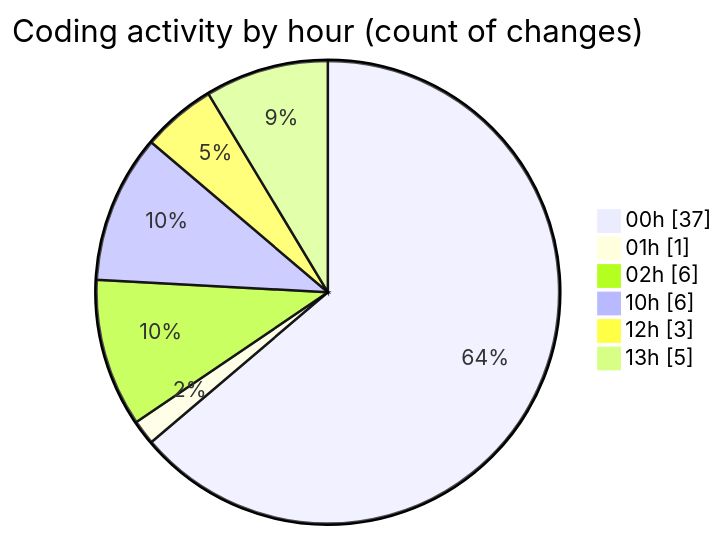
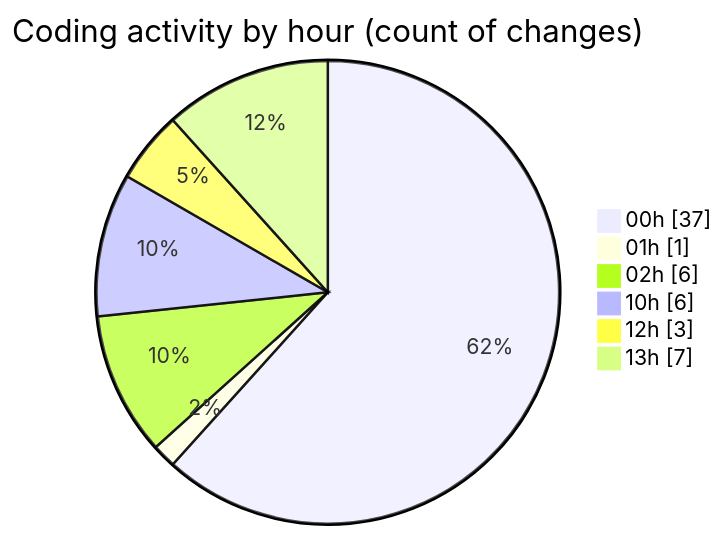
Before and after one commit to julien-gomy/code-tracking: the second of 2 diagrams in 2025-11-20/eventscop-frontend-guide__workspace_/README.md, drawn with Mermaid. The commit also changed other lines of this file and 1 other file, not shown here.

````diff
--- a/2025-11-20/eventscop-frontend-guide__workspace_/README.md
+++ b/2025-11-20/eventscop-frontend-guide__workspace_/README.md
@@ -47,10 +47,10 @@
 ```mermaid
 pie showData
 title Coding activity by hour (count of changes)
 "00h" : 37
 "01h" : 1
 "02h" : 6
 "10h" : 6
 "12h" : 3
-"13h" : 5
+"13h" : 7
 ```
````
